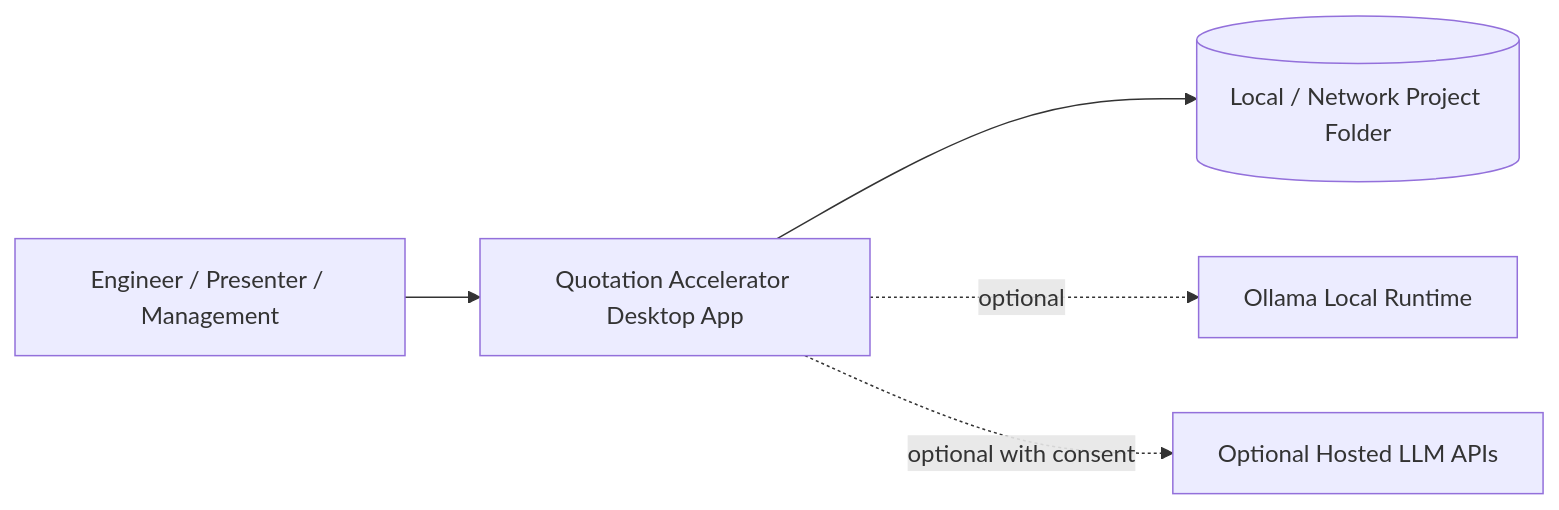
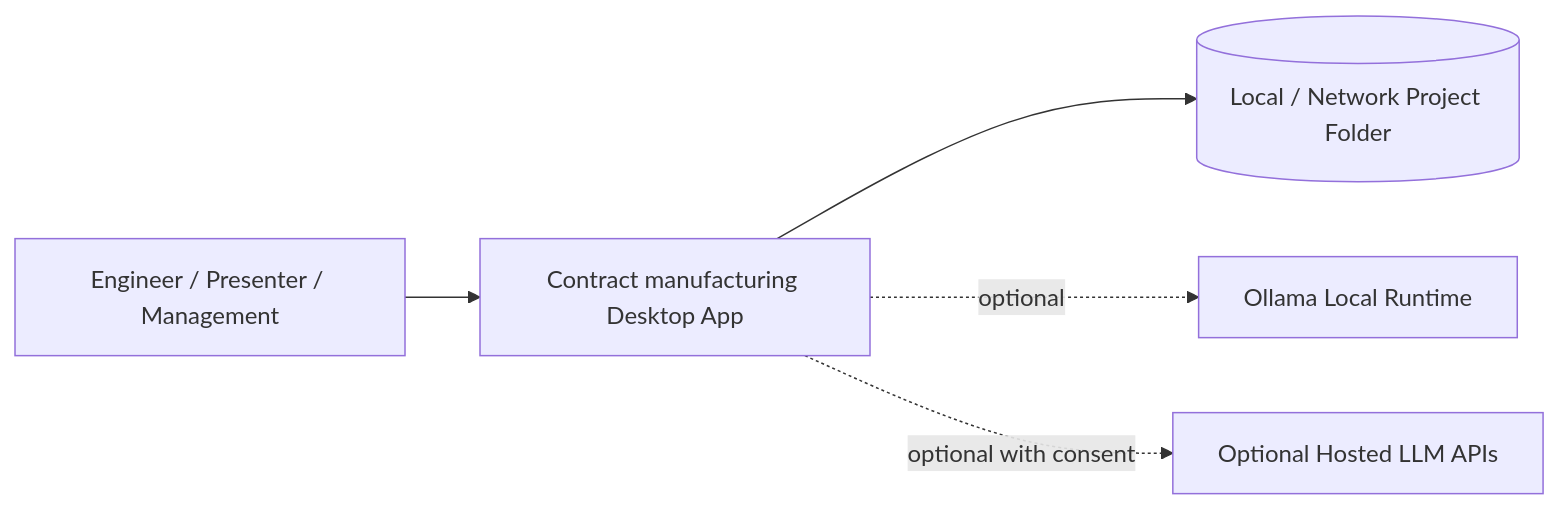
One commit to HeckelRobert/contract-manufacturing-assistant changed the first of 4 diagrams in docs/architecture.md. Above: the diagram before and after it, drawn with Mermaid. The commit also changed other lines of this file and 19 other files, not shown here.

````diff
--- a/docs/architecture.md
+++ b/docs/architecture.md
@@ -30,13 +30,13 @@
 ```mermaid
 flowchart LR
   User[Engineer / Presenter / Management]
-  App[Quotation Accelerator Desktop App]
+  App[Contract manufacturing Desktop App]
   FS[(Local / Network Project Folder)]
   Ollama[Ollama Local Runtime]
   Hosted[Optional Hosted LLM APIs]
 
   User --> App
   App --> FS
   App -.->|optional| Ollama
   App -.->|optional with consent| Hosted
 ```
````
